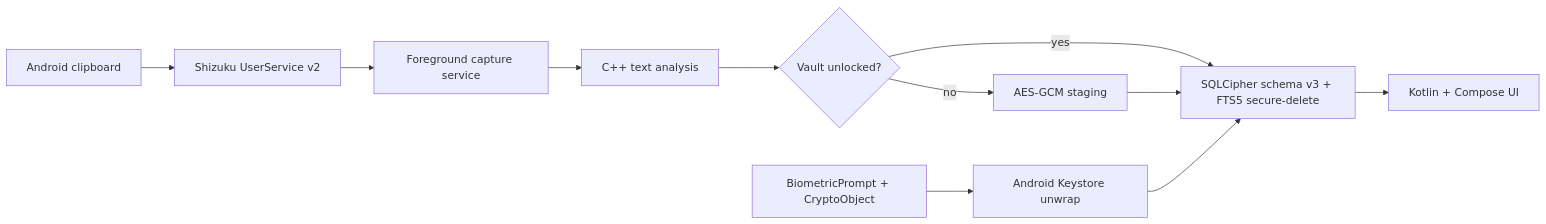
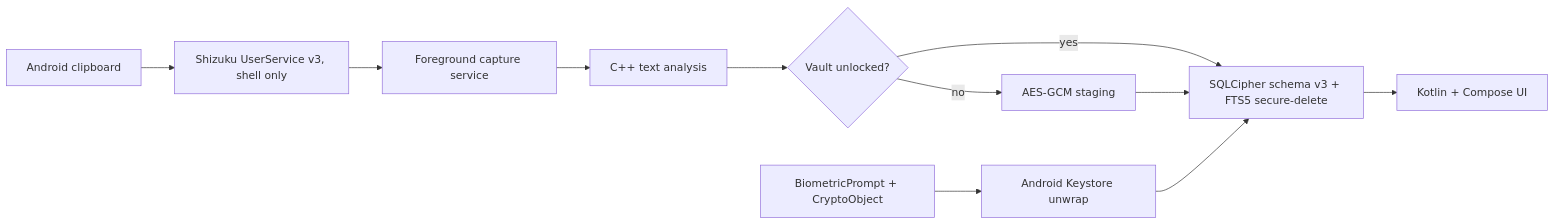
The diagram in README.md (NeonBee/ClipVault), drawn with Mermaid before and after one commit. The commit also changed other lines of this file and 17 other files, not shown here.

First line of the commit message:
clipboard: Shizuku bridge protocol v3 — shell 전용, exact signature, health 상태

````diff
--- a/README.md
+++ b/README.md
@@ -25,13 +25,13 @@
 ```mermaid
 flowchart LR
-    C[Android clipboard] --> S[Shizuku UserService v2]
+    C[Android clipboard] --> S[Shizuku UserService v3, shell only]
     S --> F[Foreground capture service]
     F --> A[C++ text analysis]
     A --> L{Vault unlocked?}
     L -->|yes| D[SQLCipher schema v3 + FTS5 secure-delete]
     L -->|no| P[AES-GCM staging]
     B[BiometricPrompt + CryptoObject] --> K[Android Keystore unwrap]
     K --> D
     P --> D
     D --> U[Kotlin + Compose UI]
 ```
````
